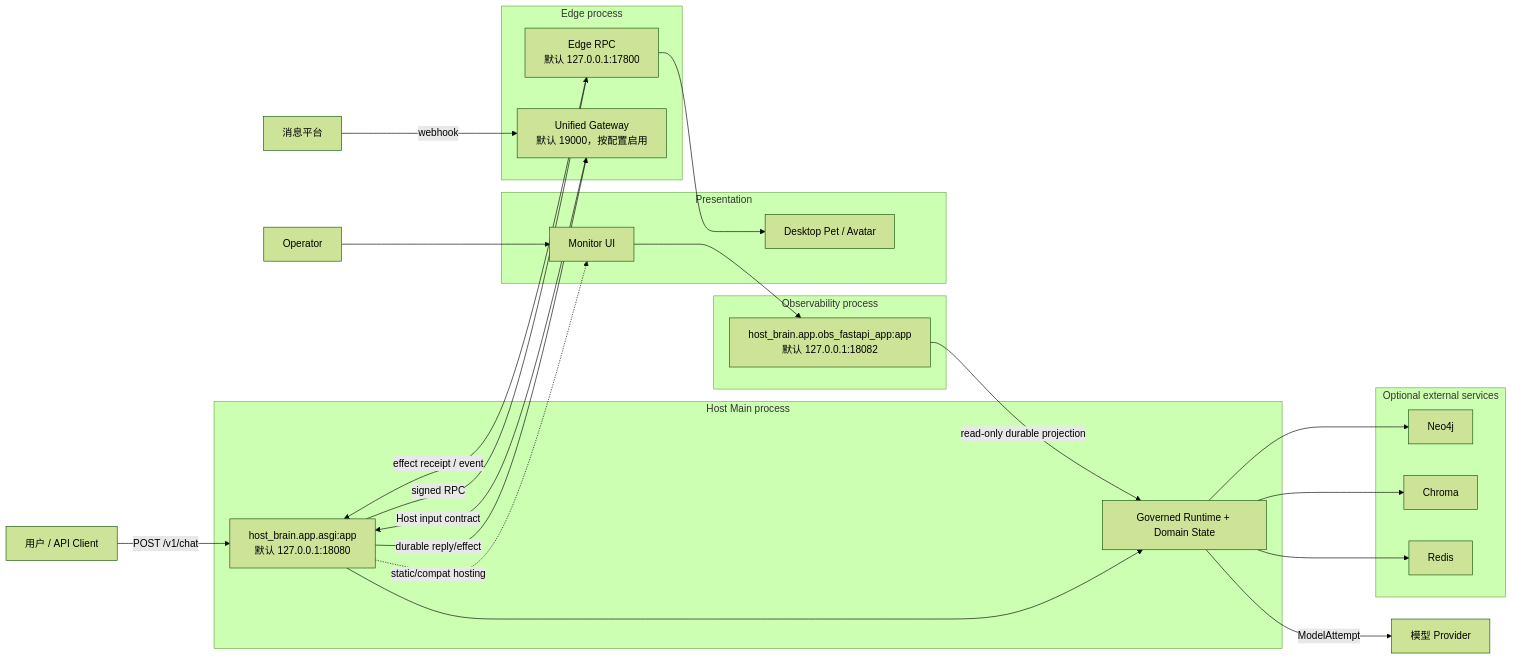
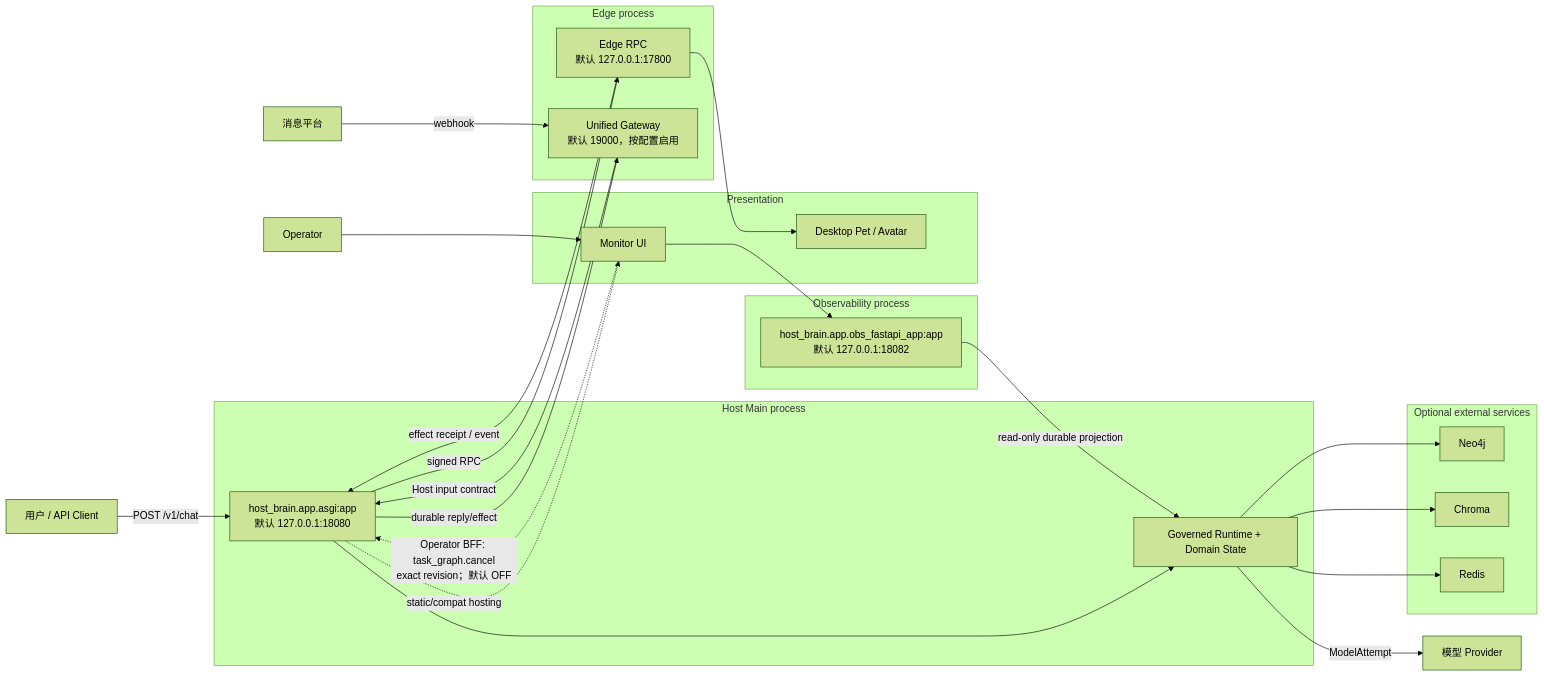
Before and after one commit to SakuraYoruno/Natsume_Ai: the diagram in docs/50_project/arch/diagrams/01_runtime_topology.md, drawn with Mermaid (forest theme). The commit also changed other lines of this file and 49 other files, not shown here.

````diff
--- a/docs/50_project/arch/diagrams/01_runtime_topology.md
+++ b/docs/50_project/arch/diagrams/01_runtime_topology.md
@@ -11,48 +11,49 @@
 ```mermaid
 flowchart LR
     USER["用户 / API Client"]
     OP["Operator"]
     PLATFORM["消息平台"]
     MODEL["模型 Provider"]
 
     subgraph HostProc["Host Main process"]
         HOST["host_brain.app.asgi:app\n默认 127.0.0.1:18080"]
         DOMAIN["Governed Runtime + Domain State"]
         HOST --> DOMAIN
     end
 
     subgraph ObsProc["Observability process"]
         OBS["host_brain.app.obs_fastapi_app:app\n默认 127.0.0.1:18082"]
     end
 
     subgraph EdgeProc["Edge process"]
         EDGE["Edge RPC\n默认 127.0.0.1:17800"]
         GW["Unified Gateway\n默认 19000，按配置启用"]
     end
 
     subgraph Presentation["Presentation"]
         MON["Monitor UI"]
         PET["Desktop Pet / Avatar"]
     end
 
     subgraph OptionalInfra["Optional external services"]
         NEO["Neo4j"]
         CHR["Chroma"]
         REDIS["Redis"]
     end
 
     USER -->|"POST /v1/chat"| HOST
     PLATFORM -->|"webhook"| GW
     GW -->|"Host input contract"| HOST
     HOST -->|"durable reply/effect"| GW
     HOST -->|"signed RPC"| EDGE
     EDGE -->|"effect receipt / event"| HOST
     DOMAIN -->|"ModelAttempt"| MODEL
     DOMAIN --> NEO
     DOMAIN --> CHR
     DOMAIN --> REDIS
     OBS -->|"read-only durable projection"| DOMAIN
     OP --> MON --> OBS
+    MON -.->|"Operator BFF: task_graph.cancel\nexact revision；默认 OFF"| HOST
     EDGE --> PET
     HOST -."static/compat hosting".-> MON
 ```
````
